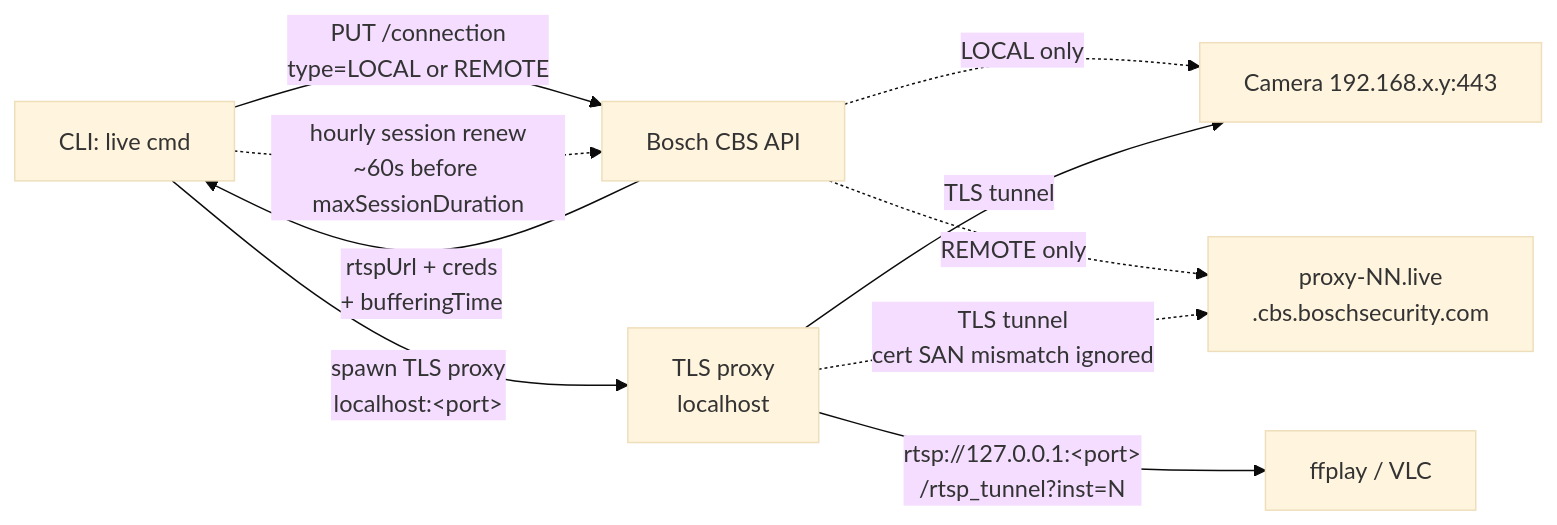
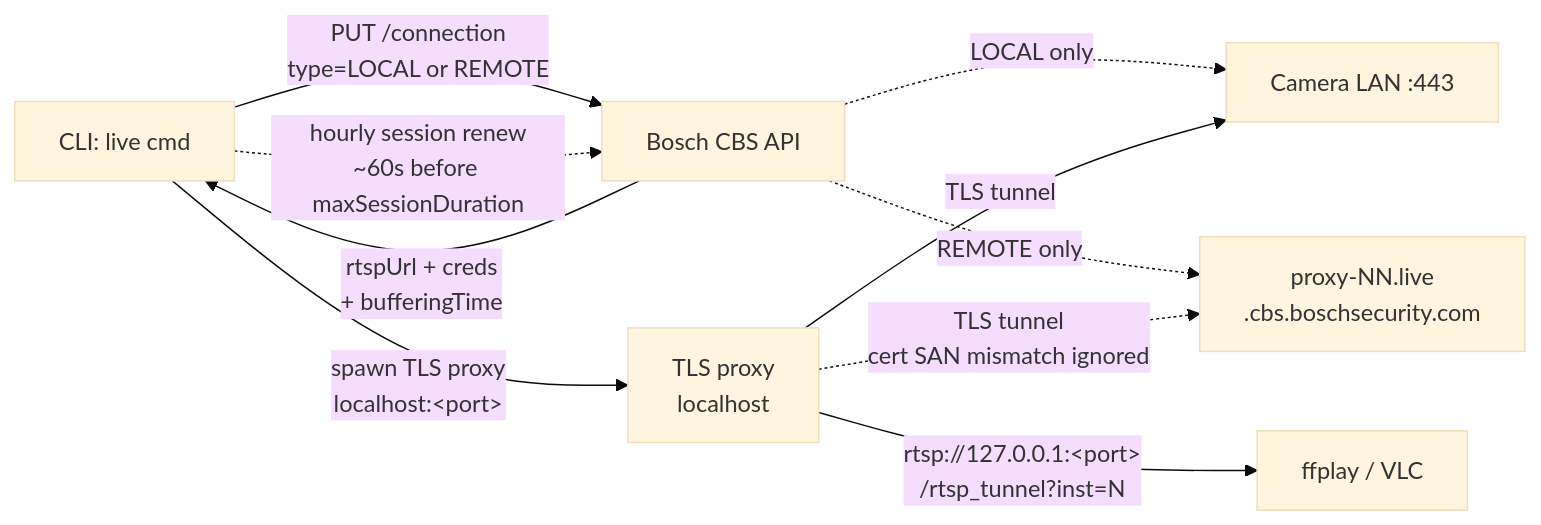
One commit to mosandlt/Bosch-Smart-Home-Camera-Tool-Python changed the fifth of 5 diagrams in README.md. Above: the diagram before and after it, drawn with Mermaid (base theme). The commit also changed other lines of this file and 4 other files, not shown here.

````diff
--- a/README.md
+++ b/README.md
@@ -354,12 +385,12 @@
 ```mermaid
 flowchart LR
     CLI["CLI: live cmd"] -->|PUT /connection<br/>type=LOCAL or REMOTE| Cloud[Bosch CBS API]
     Cloud -->|rtspUrl + creds<br/>+ bufferingTime| CLI
     CLI -->|spawn TLS proxy<br/>localhost:&lt;port&gt;| Proxy
-    Cloud -.->|LOCAL only| Cam["Camera 192.168.x.y:443"]
+    Cloud -.->|LOCAL only| Cam["Camera LAN :443"]
     Cloud -.->|REMOTE only| Relay[proxy-NN.live<br/>.cbs.boschsecurity.com]
     Proxy[TLS proxy<br/>localhost] -->|TLS tunnel| Cam
     Proxy -.->|TLS tunnel<br/>cert SAN mismatch ignored| Relay
     Proxy -->|"rtsp://127.0.0.1:&lt;port&gt;<br/>/rtsp_tunnel?inst=N"| Player[ffplay / VLC]
     CLI -.->|hourly session renew<br/>~60s before maxSessionDuration| Cloud
 ```
````
